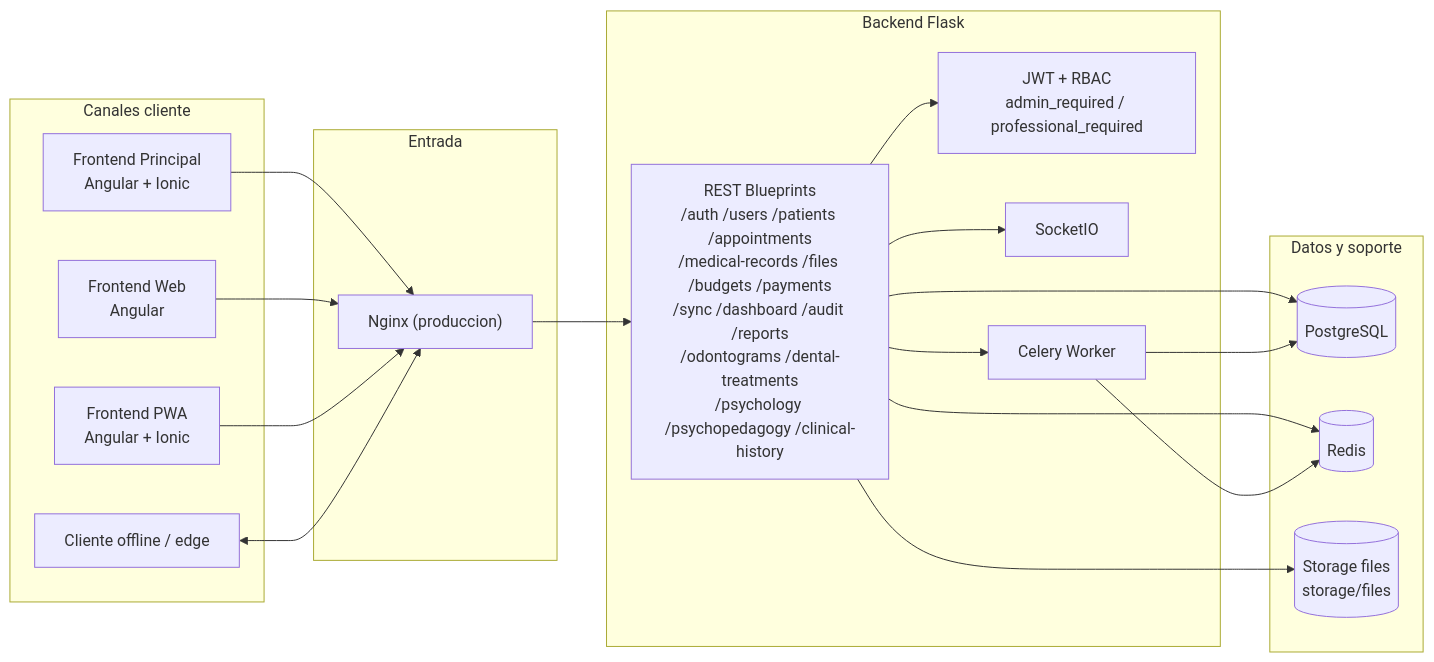
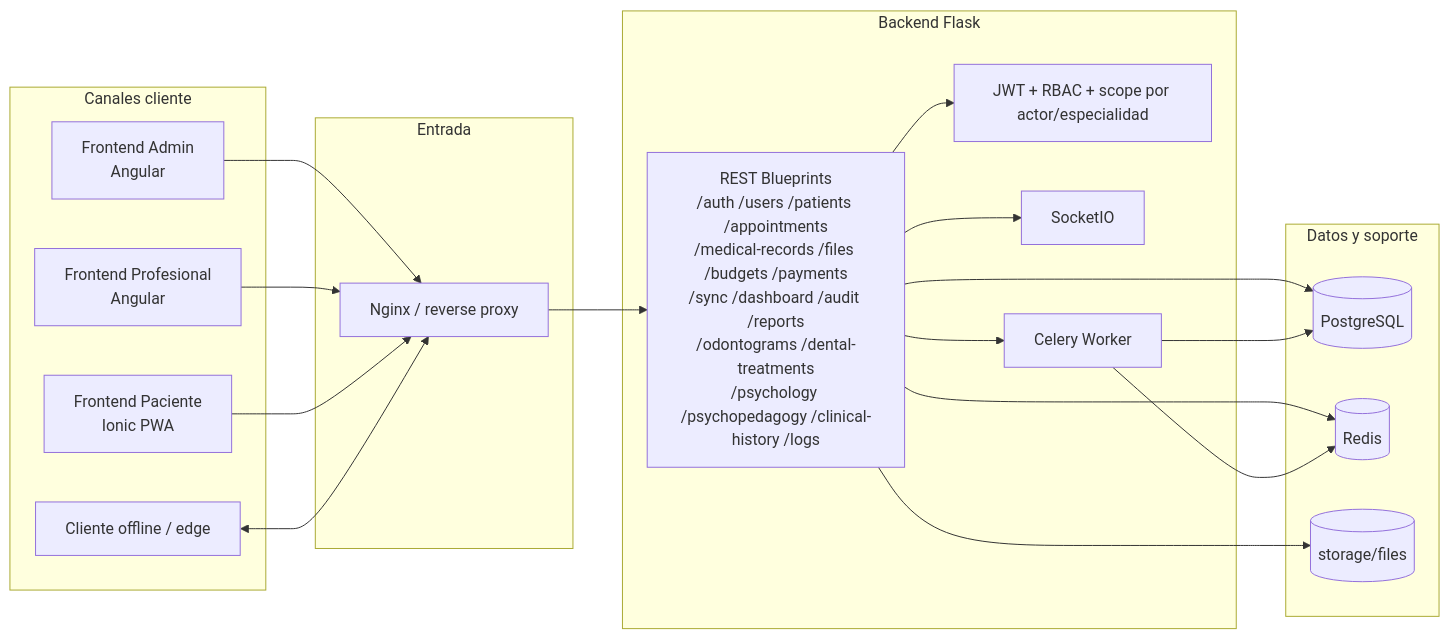
One commit to Yop007N/medicalcenter changed the diagram in docs/architecture/architecture.md. Above: the diagram before and after it, drawn with Mermaid. The commit also changed other lines of this file and 6 other files, not shown here.

````diff
--- a/docs/architecture/architecture.md
+++ b/docs/architecture/architecture.md
@@ -12,40 +12,40 @@
 ```mermaid
 flowchart LR
   subgraph Clientes["Canales cliente"]
-    FEI["Frontend Principal\nAngular + Ionic"]
-    FEW["Frontend Web\nAngular"]
-    FEP["Frontend PWA\nAngular + Ionic"]
+    FEA["Frontend Admin\nAngular"]
+    FEPRO["Frontend Profesional\nAngular"]
+    FEPAC["Frontend Paciente\nIonic PWA"]
     OFF["Cliente offline / edge"]
   end
 
   subgraph Edge["Entrada"]
-    NGINX["Nginx (produccion)"]
+    NGINX["Nginx / reverse proxy"]
   end
 
   subgraph API["Backend Flask"]
-    REST["REST Blueprints\n/auth /users /patients /appointments\n/medical-records /files /budgets /payments\n/sync /dashboard /audit /reports\n/odontograms /dental-treatments\n/psychology /psychopedagogy /clinical-history"]
-    AUTH["JWT + RBAC\nadmin_required / professional_required"]
+    REST["REST Blueprints\n/auth /users /patients /appointments\n/medical-records /files /budgets /payments\n/sync /dashboard /audit /reports\n/odontograms /dental-treatments\n/psychology /psychopedagogy /clinical-history /logs"]
+    AUTH["JWT + RBAC + scope por actor/especialidad"]
     WS["SocketIO"]
     CELERY["Celery Worker"]
   end
 
   subgraph Data["Datos y soporte"]
     PG[("PostgreSQL")]
     REDIS[("Redis")]
-    FILES[("Storage files\nstorage/files")]
+    FILES[("storage/files")]
   end
 
-  FEI --> NGINX
-  FEW --> NGINX
-  FEP --> NGINX
+  FEA --> NGINX
+  FEPRO --> NGINX
+  FEPAC --> NGINX
   OFF <--> NGINX
   NGINX --> REST
   REST --> AUTH
   REST --> PG
   REST --> REDIS
   REST --> FILES
   REST --> WS
   REST --> CELERY
   CELERY --> REDIS
   CELERY --> PG
 ```
````
